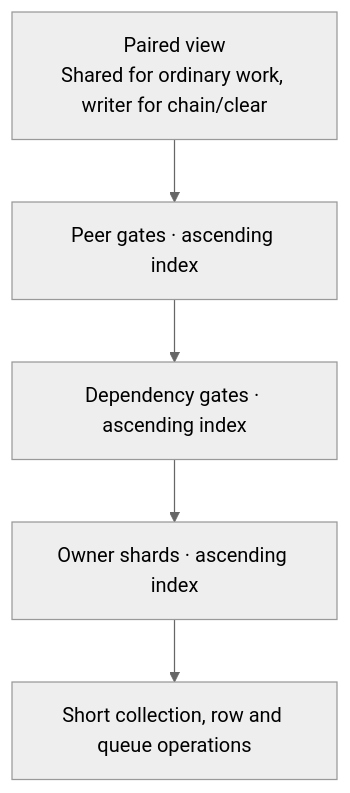
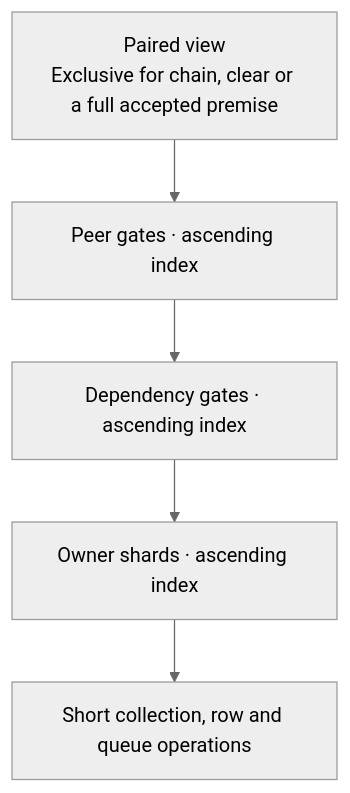
One commit to nervosnetwork/ckb changed the second of 2 diagrams in tx-pool/docs/architecture/COMMIT.md. Above: the diagram before and after it, drawn with Mermaid (neutral theme). The commit also changed other lines of this file and 22 other files, not shown here.

````diff
--- a/tx-pool/docs/architecture/COMMIT.md
+++ b/tx-pool/docs/architecture/COMMIT.md
@@ -193,7 +196,7 @@
 ```mermaid
 flowchart TB
-    V["Paired view<br/>Shared for ordinary work, writer for chain/clear"] --> P["Peer gates · ascending index"]
+    V["Paired view<br/>Exclusive for chain, clear or a full accepted premise"] --> P["Peer gates · ascending index"]
     P --> D["Dependency gates · ascending index"]
     D --> O["Owner shards · ascending index"]
     O --> M["Short collection, row and queue operations"]
 ```
````
